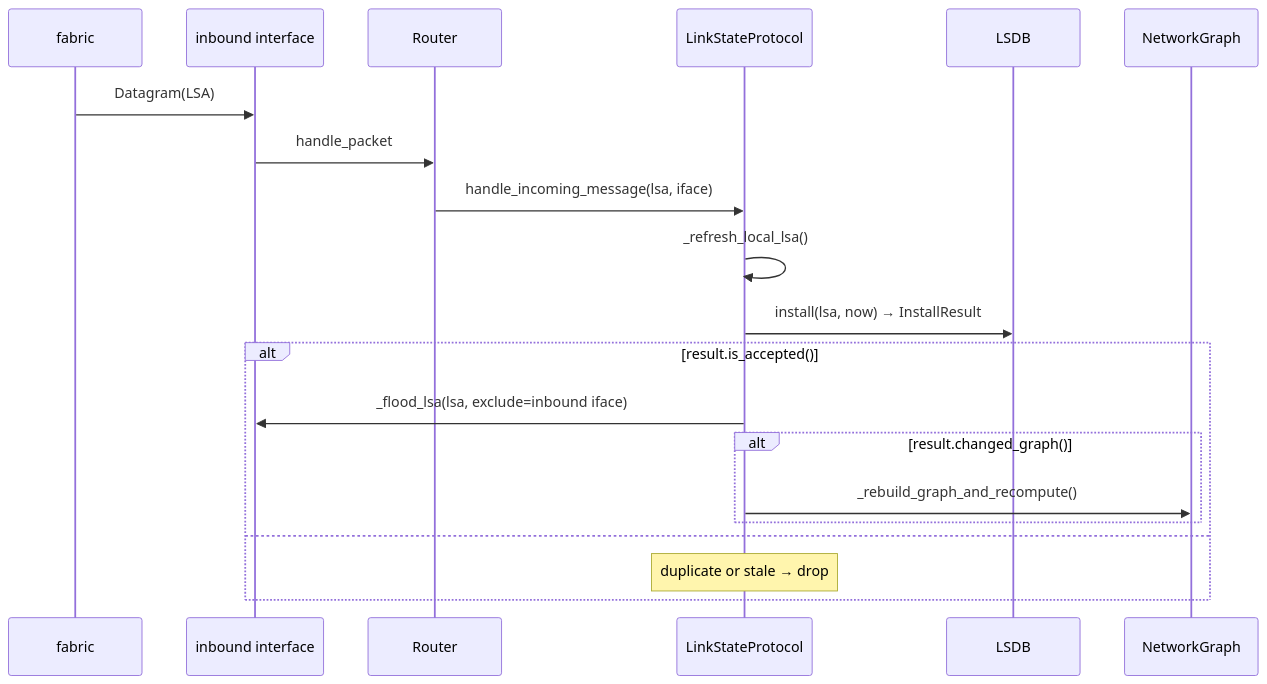
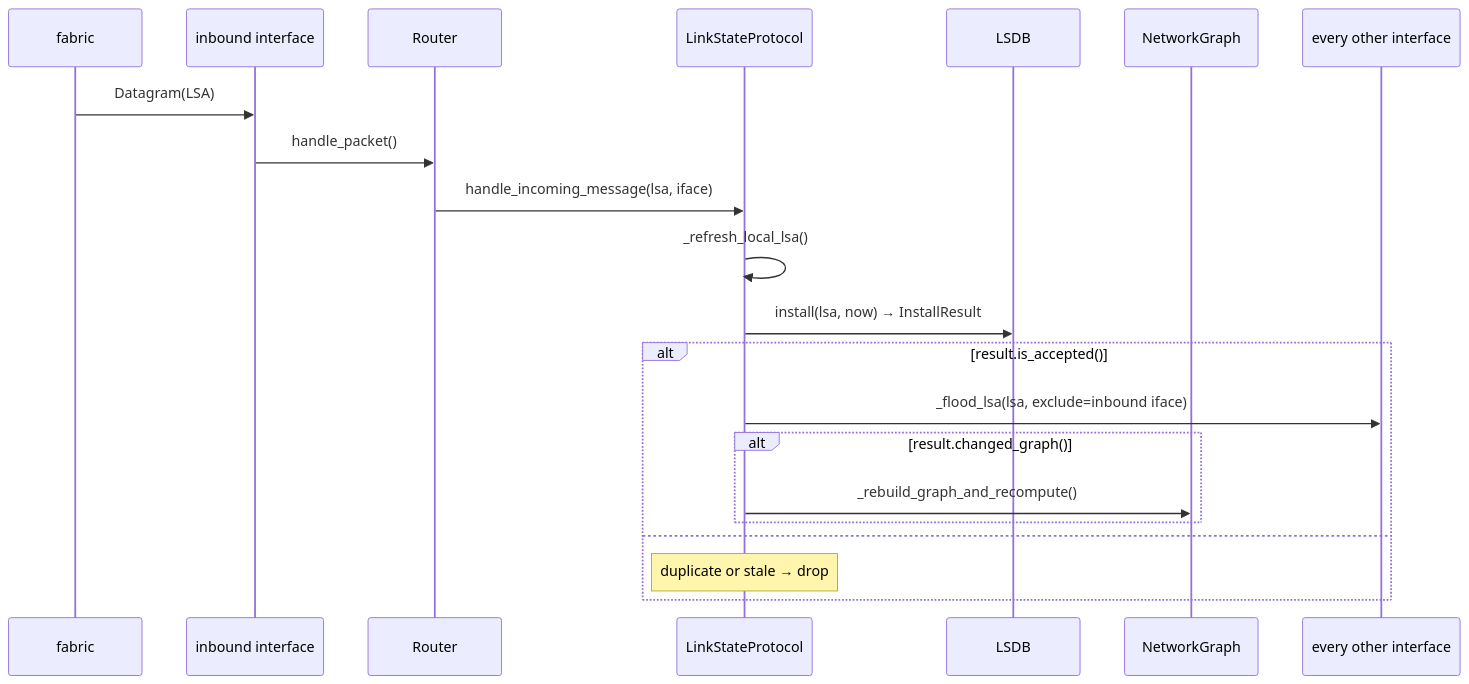
Before and after one commit to lukius/loom: the third of 3 diagrams in docs/architecture/routing-protocol.md, drawn with Mermaid. The commit also changed other lines of this file, not shown here.

Commit message:
docs(architecture): fix halt order and max-age scope, expand routing-protocol

````diff
--- a/docs/architecture/routing-protocol.md
+++ b/docs/architecture/routing-protocol.md
@@ -345,23 +417,24 @@
 ```mermaid
 sequenceDiagram
   participant Fabric as fabric
   participant Iface as inbound interface
   participant Router as Router
   participant Proto as LinkStateProtocol
   participant DB as LSDB
   participant G as NetworkGraph
+  participant Out as every other interface
 
   Fabric->>Iface: Datagram(LSA)
-  Iface->>Router: handle_packet
+  Iface->>Router: handle_packet()
   Router->>Proto: handle_incoming_message(lsa, iface)
   Proto->>Proto: _refresh_local_lsa()
   Proto->>DB: install(lsa, now) → InstallResult
   alt result.is_accepted()
-    Proto->>Iface: _flood_lsa(lsa, exclude=inbound iface)
+    Proto->>Out: _flood_lsa(lsa, exclude=inbound iface)
     alt result.changed_graph()
       Proto->>G: _rebuild_graph_and_recompute()
     end
   else
     Note over Proto: duplicate or stale → drop
   end
 ```
````
